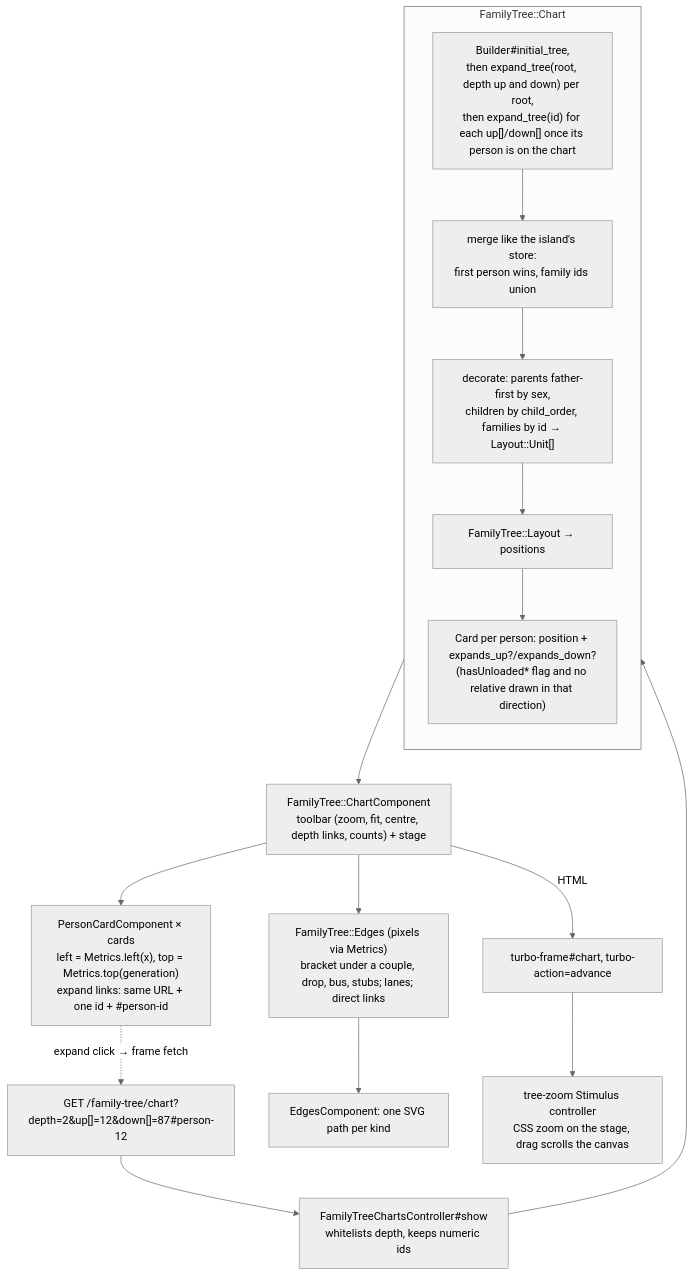
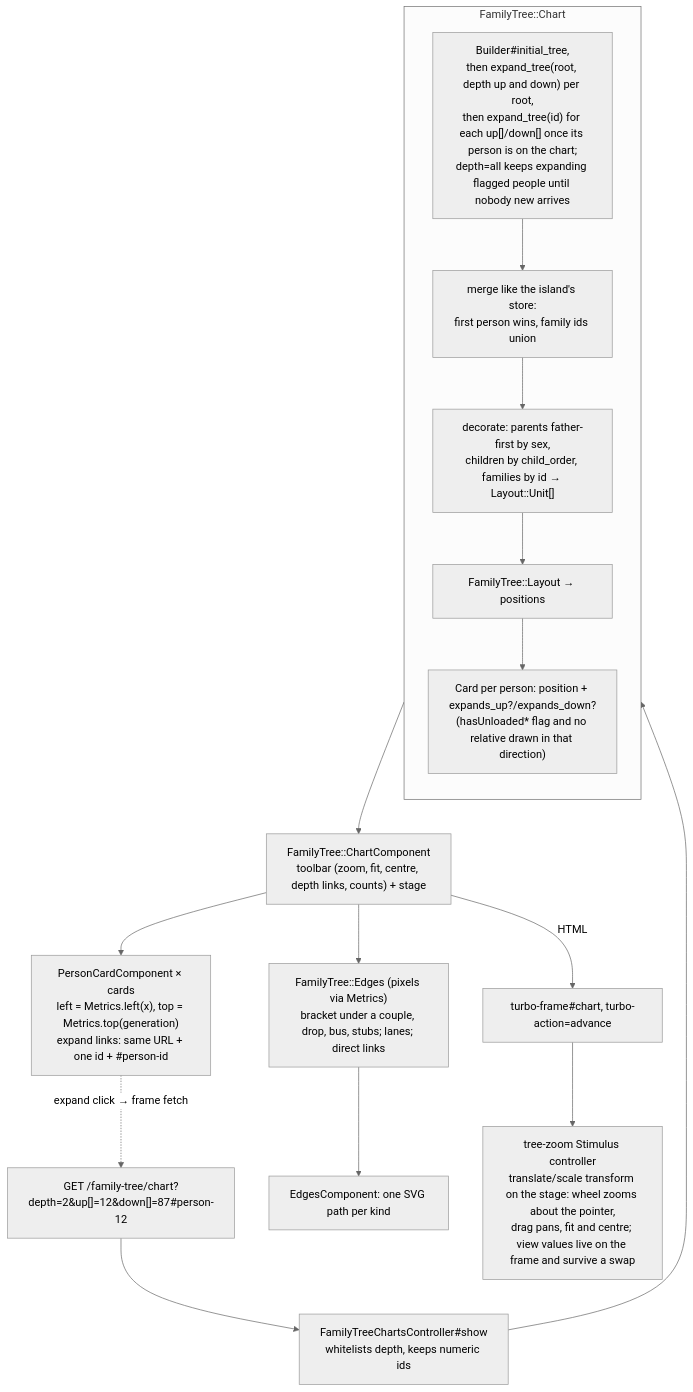
The third of 4 diagrams in docs/family-tree-architecture.md (timothyjamesmarias/family_archive), drawn with Mermaid (neutral theme) before and after one commit. The commit also changed 8 other files, not shown here.

First line of the commit message:
Chart: v1-style pan/zoom, exhaustive "All", no stems above parentless rows

````diff
--- a/docs/family-tree-architecture.md
+++ b/docs/family-tree-architecture.md
@@ -62,24 +62,24 @@
 ```mermaid
 flowchart TD
     URL["GET /family-tree/chart?depth=2&up[]=12&down[]=87#person-12"] --> C["FamilyTreeChartsController#show<br/>whitelists depth, keeps numeric ids"]
     C --> Chart
 
     subgraph Chart["FamilyTree::Chart"]
         direction TB
-        I["Builder#initial_tree,<br/>then expand_tree(root, depth up and down) per root,<br/>then expand_tree(id) for each up[]/down[] once its person is on the chart"]
+        I["Builder#initial_tree,<br/>then expand_tree(root, depth up and down) per root,<br/>then expand_tree(id) for each up[]/down[] once its person is on the chart;<br/>depth=all keeps expanding flagged people until nobody new arrives"]
         MG["merge like the island's store:<br/>first person wins, family ids union"]
         U["decorate: parents father-first by sex,<br/>children by child_order, families by id → Layout::Unit[]"]
         LY["FamilyTree::Layout → positions"]
         F["Card per person: position + expands_up?/expands_down?<br/>(hasUnloaded* flag and no relative drawn in that direction)"]
         I --> MG --> U --> LY --> F
     end
 
     Chart --> V["FamilyTree::ChartComponent<br/>toolbar (zoom, fit, centre, depth links, counts) + stage"]
     V --> E["FamilyTree::Edges (pixels via Metrics)<br/>bracket under a couple, drop, bus, stubs; lanes; direct links"]
     E --> Ed["EdgesComponent: one SVG path per kind"]
     V --> Cards["PersonCardComponent × cards<br/>left = Metrics.left(x), top = Metrics.top(generation)<br/>expand links: same URL + one id + #person-id"]
 
     V -->|HTML| Frame["turbo-frame#chart, turbo-action=advance"]
-    Frame --> Z["tree-zoom Stimulus controller<br/>CSS zoom on the stage, drag scrolls the canvas"]
+    Frame --> Z["tree-zoom Stimulus controller<br/>translate/scale transform on the stage: wheel zooms about the pointer,<br/>drag pans, fit and centre; view values live on the frame and survive a swap"]
     Cards -.->|"expand click → frame fetch"| URL
 ```
````
